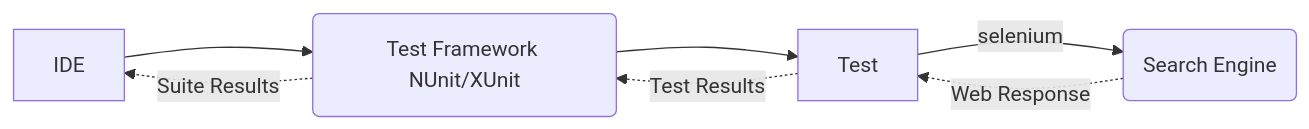
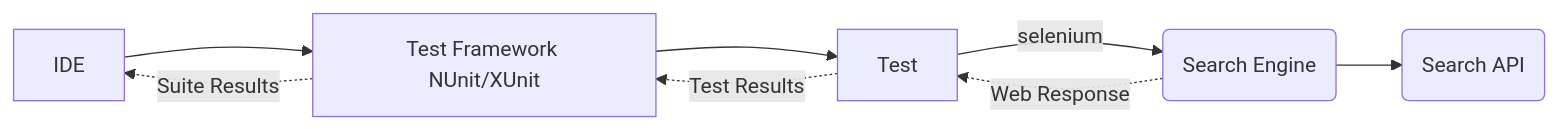
Before and after one commit to freemansoft/SimpleWebUITestEnvironment: the second of 5 diagrams in README.md, drawn with Mermaid. The commit also changed other lines of this file, not shown here.

Commit message:
minor graph formatting

````diff
--- a/README.md
+++ b/README.md
@@ -78,8 +78,8 @@
 ```mermaid
 graph LR
-    IDE --> TestFramework(Test Framework NUnit/XUnit) --> Test -->|selenium| Search(Search Engine);
-    Search -.->|Web Response| Test ;
+    IDE --> TestFramework[Test Framework NUnit/XUnit] --> Test -->|selenium| SearchWeb(Search Engine) --> SearchApi(Search API);
+    SearchWeb -.->|Web Response| Test ;
     Test -.->|Test Results| TestFramework;
     TestFramework -.->|Suite Results| IDE;
 
 ```
````
